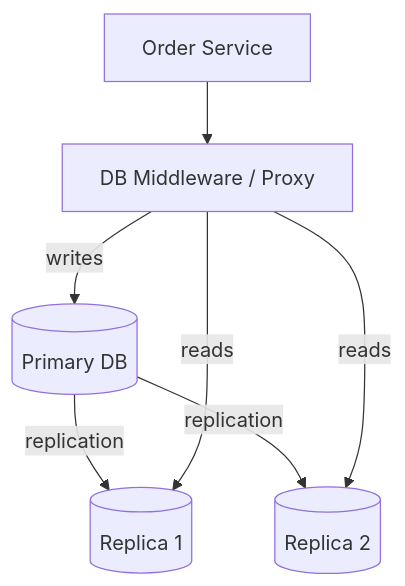
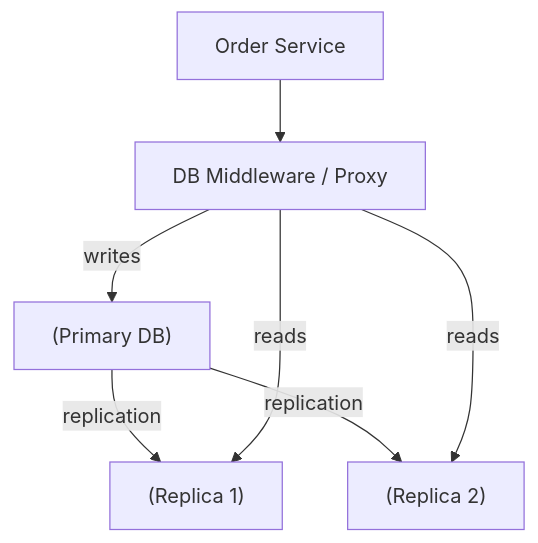
One commit to pankajThakur1874/studysheet changed the second of 6 diagrams in files/Book-ByteByteGo-Concepts/02-databases-and-storage.md. Above: the diagram before and after it, drawn with Mermaid. The commit also changed other lines of this file and 102 other files, not shown here.

Commit message:
Auto-fix Mermaid diagram syntax across all study guides to prevent Syntax Error in Mermaid v10

````diff
--- a/files/Book-ByteByteGo-Concepts/02-databases-and-storage.md
+++ b/files/Book-ByteByteGo-Concepts/02-databases-and-storage.md
@@ -37,9 +37,9 @@
 ```mermaid
 flowchart TD
-    App[Order Service] --> MW[DB Middleware / Proxy]
-    MW -->|writes| P[(Primary DB)]
-    P -->|replication| R1[(Replica 1)]
-    P -->|replication| R2[(Replica 2)]
+    App[Order Service] --> MW["DB Middleware / Proxy"]
+    MW -->|writes| P["(Primary DB)"]
+    P -->|replication| R1["(Replica 1)"]
+    P -->|replication| R2["(Replica 2)"]
     MW -->|reads| R1
     MW -->|reads| R2
 ```
````
